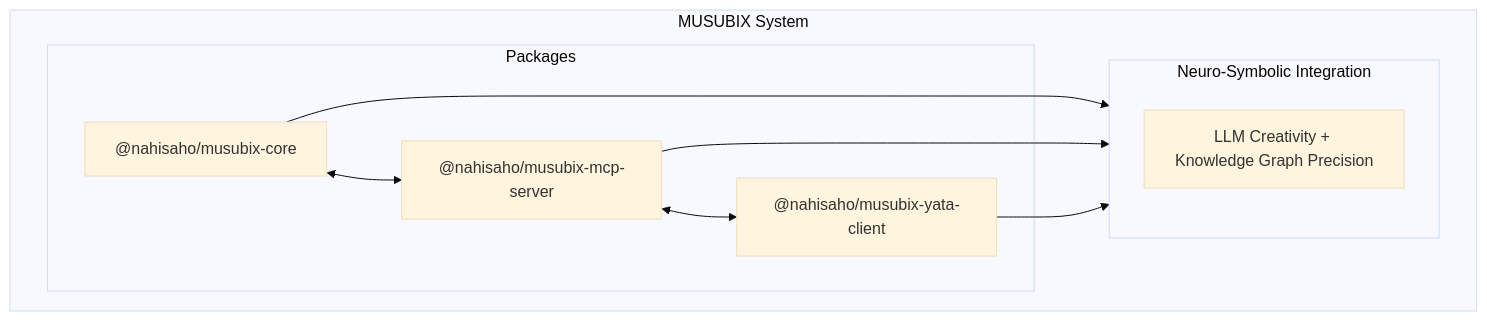
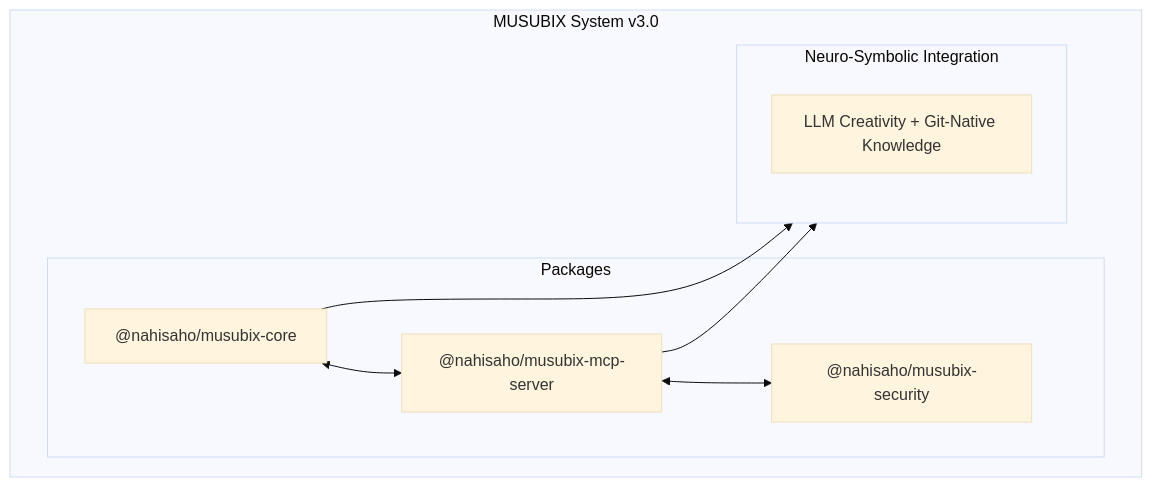
Before and after one commit to Takashi-So/MUSUBIX: the diagram in README.ja.md, drawn with Mermaid (base theme). The commit also changed other lines of this file and 59 other files, not shown here.

First line of the commit message:
chore: update YATA references to @musubix/knowledge

````diff
--- a/README.ja.md
+++ b/README.ja.md
@@ -45,21 +42,20 @@
 ```mermaid
 flowchart TB
-    subgraph MUSUBIX["MUSUBIX System"]
+    subgraph MUSUBIX["MUSUBIX System v3.0"]
         subgraph Packages["Packages"]
             Core["@nahisaho/musubix-core"]
             MCP["@nahisaho/musubix-mcp-server"]
-            YATA["@nahisaho/musubix-yata-client"]
+            Security["@nahisaho/musubix-security"]
         end
         
         Core <--> MCP
-        MCP <--> YATA
+        MCP <--> Security
         
         subgraph Integration["Neuro-Symbolic Integration"]
-            NSI["LLM Creativity + Knowledge Graph Precision"]
+            NSI["LLM Creativity + Git-Native Knowledge"]
         end
         
         Core --> Integration
         MCP --> Integration
-        YATA --> Integration
     end
 ```
````
